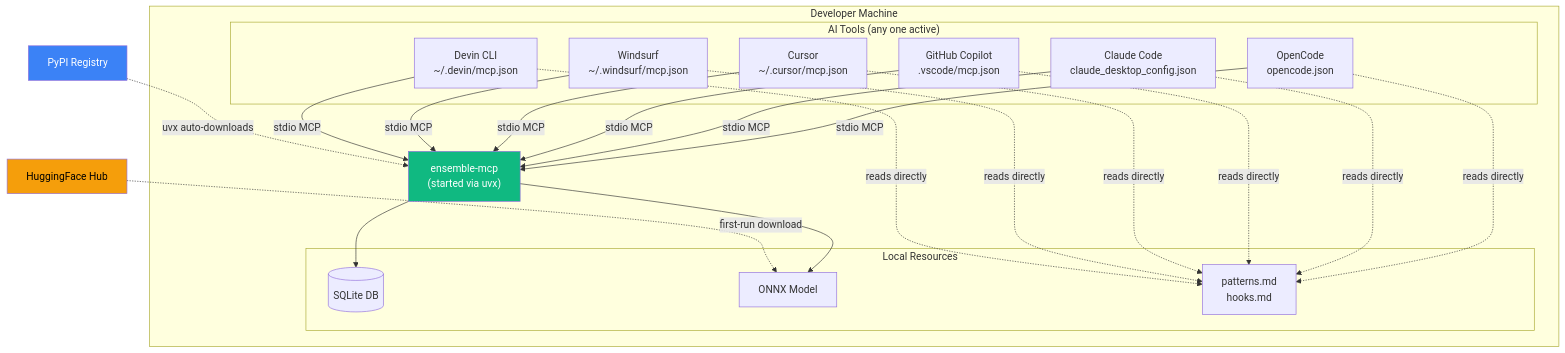
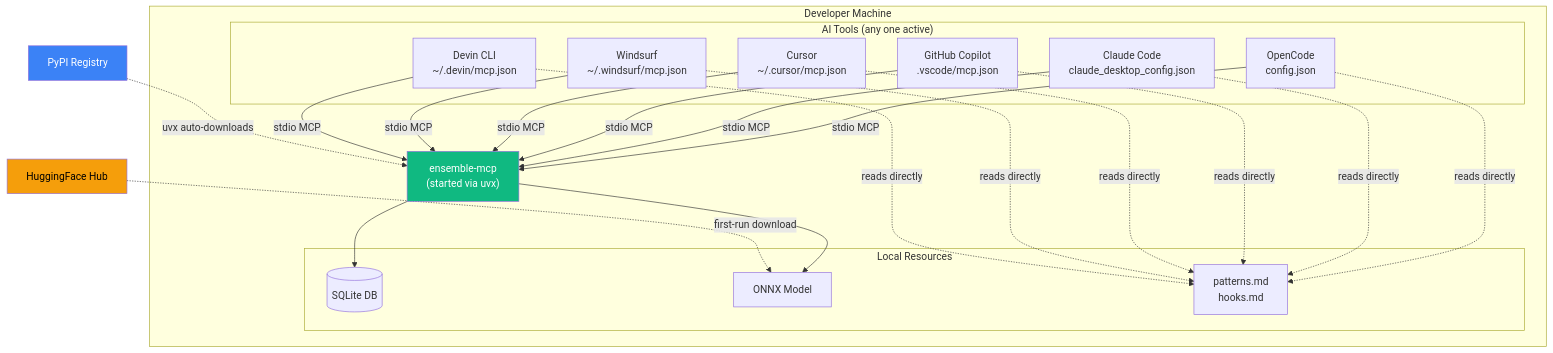
The seventh of 8 diagrams in docs/DESIGN-SPEC-PHASE-01.md (LynkByte/ensemble), drawn with Mermaid before and after one commit. The commit also changed other lines of this file and 9 other files, not shown here.

First line of the commit message:
fix: use config.json for OpenCode MCP config (not opencode.json)

````diff
--- a/docs/DESIGN-SPEC-PHASE-01.md
+++ b/docs/DESIGN-SPEC-PHASE-01.md
@@ -1012,32 +1012,32 @@
 ```mermaid
 graph TB
     subgraph "Developer Machine"
         subgraph "AI Tools (any one active)"
-            OC[OpenCode<br/>opencode.json]
+            OC[OpenCode<br/>config.json]
             CC[Claude Code<br/>claude_desktop_config.json]
             CP[GitHub Copilot<br/>.vscode/mcp.json]
             CU[Cursor<br/>~/.cursor/mcp.json]
             WS[Windsurf<br/>~/.windsurf/mcp.json]
             DV[Devin CLI<br/>~/.devin/mcp.json]
         end
 
         MCP["ensemble-mcp<br/>(started via uvx)"]
 
         subgraph "Local Resources"
             DB[(SQLite DB)]
             MDL[ONNX Model]
             PAT[patterns.md<br/>hooks.md]
         end
 
         OC & CC & CP & CU & WS & DV -->|"stdio MCP"| MCP
         MCP --> DB & MDL
         OC & CC & CP & CU & WS & DV -.->|"reads directly"| PAT
     end
 
     PYPI[PyPI Registry] -.->|"uvx auto-downloads"| MCP
     HF[HuggingFace Hub] -.->|"first-run download"| MDL
 
     style MCP fill:#10B981,color:#fff
     style PYPI fill:#3B82F6,color:#fff
     style HF fill:#F59E0B,color:#000
 ```
````
